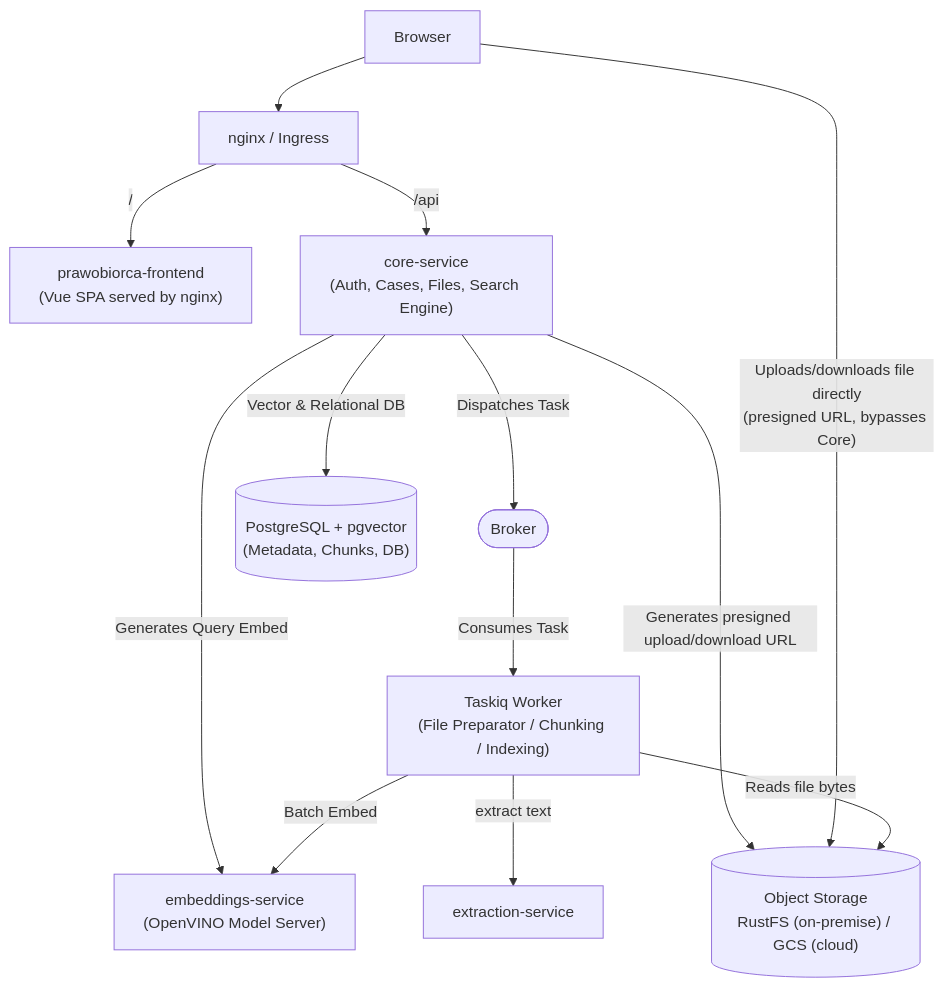
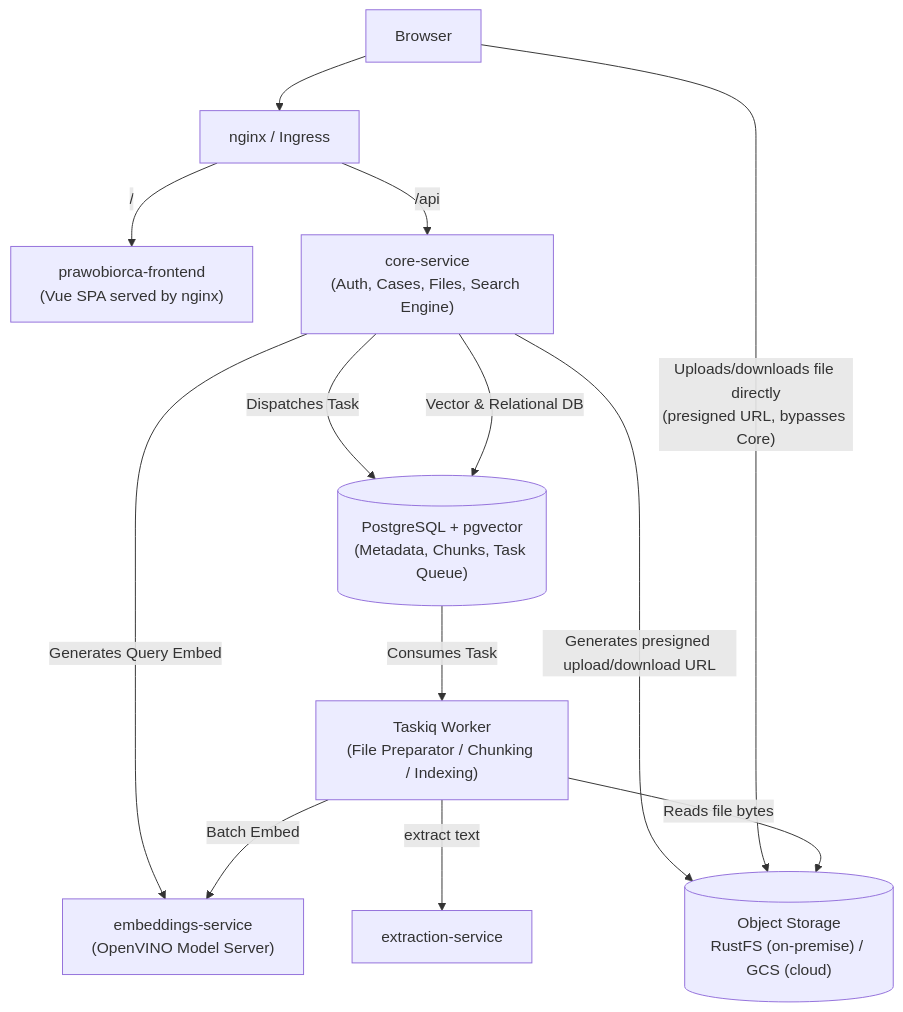
One commit to ErykMikolajewicz/prawobiorca changed the first of 2 diagrams in docs/architecture/architecture.md. Above: the diagram before and after it, drawn with Mermaid. The commit also changed other lines of this file and 31 other files, not shown here.

Commit message:
refactor: Use postgres instead of redis, to make app architecture simpler, and cut costs

````diff
--- a/docs/architecture/architecture.md
+++ b/docs/architecture/architecture.md
@@ -19,26 +19,25 @@
 ```mermaid
 flowchart TD
     Browser["Browser"]
     Ingress["nginx / Ingress"]
     Frontend["prawobiorca-frontend<br/>(Vue SPA served by nginx)"]
     Core["core-service<br/>(Auth, Cases, Files, Search Engine)"]
-    Broker(["Broker"])
     Worker["Taskiq Worker<br/>(File Preparator / Chunking / Indexing)"]
     Embeddings["embeddings-service<br/>(OpenVINO Model Server)"]
     Extraction["extraction-service"]
-    DB[("PostgreSQL + pgvector<br/>(Metadata, Chunks, DB)")]
+    DB[("PostgreSQL + pgvector<br/>(Metadata, Chunks, Task Queue)")]
     Storage[("Object Storage<br/>RustFS (on-premise) / GCS (cloud)")]
 
     Browser --> Ingress
     Ingress -->|"/"| Frontend
     Ingress -->|"/api"| Core
-    Core -->|Dispatches Task| Broker
+    Core -->|Dispatches Task| DB
     Core -->|Generates Query Embed| Embeddings
     Core -->|Vector & Relational DB| DB
     Core -->|"Generates presigned upload/download URL"| Storage
     Browser -->|"Uploads/downloads file directly<br/>(presigned URL, bypasses Core)"| Storage
-    Broker -->|Consumes Task| Worker
+    DB -->|Consumes Task| Worker
     Worker -->|Batch Embed| Embeddings
     Worker -->|extract text| Extraction
     Worker -->|Reads file bytes| Storage
 ```
````
